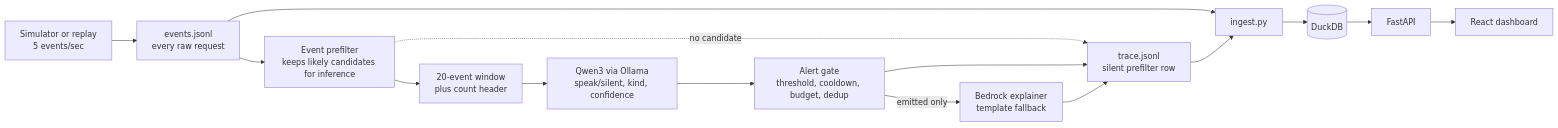
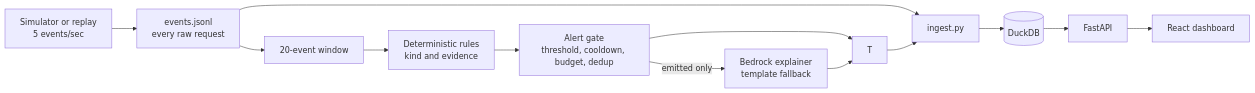
The diagram in README.md (ShivanshCharak/Hush), drawn with Mermaid before and after one commit. The commit also changed other lines of this file and 29 other files, not shown here.

````diff
--- a/README.md
+++ b/README.md
@@ -11,17 +10,15 @@
 ```mermaid
 flowchart LR
   S[Simulator or replay<br/>5 events/sec] --> E[events.jsonl<br/>every raw request]
-  E --> P[Event prefilter<br/>keeps likely candidates for inference]
-  P --> W[20-event window<br/>plus count header]
-  W --> D[Qwen3 via Ollama<br/>speak/silent, kind, confidence]
-  P -. no candidate .-> T[trace.jsonl<br/>silent prefilter row]
+  E --> W[20-event window]
+  W --> D[Deterministic rules<br/>kind and evidence]
   D --> G[Alert gate<br/>threshold, cooldown, budget, dedup]
   G --> T
   G -->|emitted only| X[Bedrock explainer<br/>template fallback]
   X --> T
   E --> I[ingest.py]
   T --> I
   I --> DB[(DuckDB)]
   DB --> API[FastAPI]
   API --> UI[React dashboard]
 ```
````
